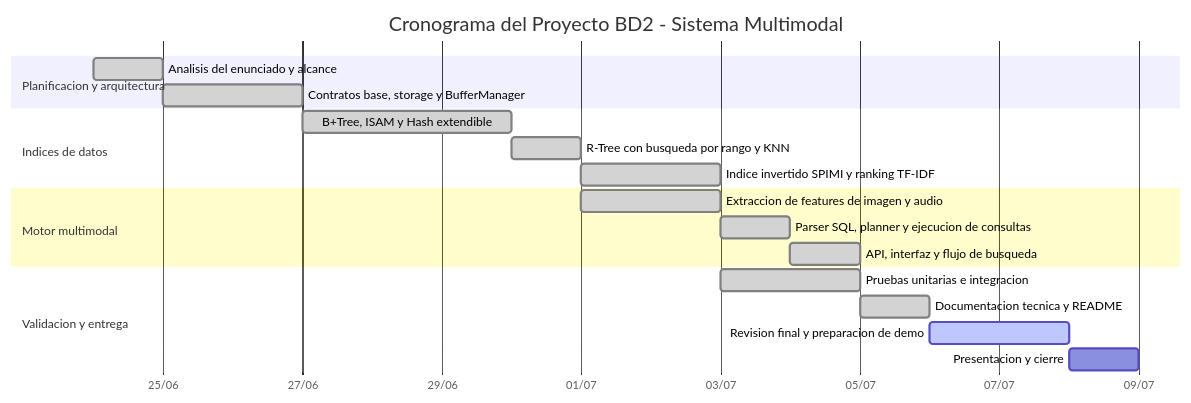
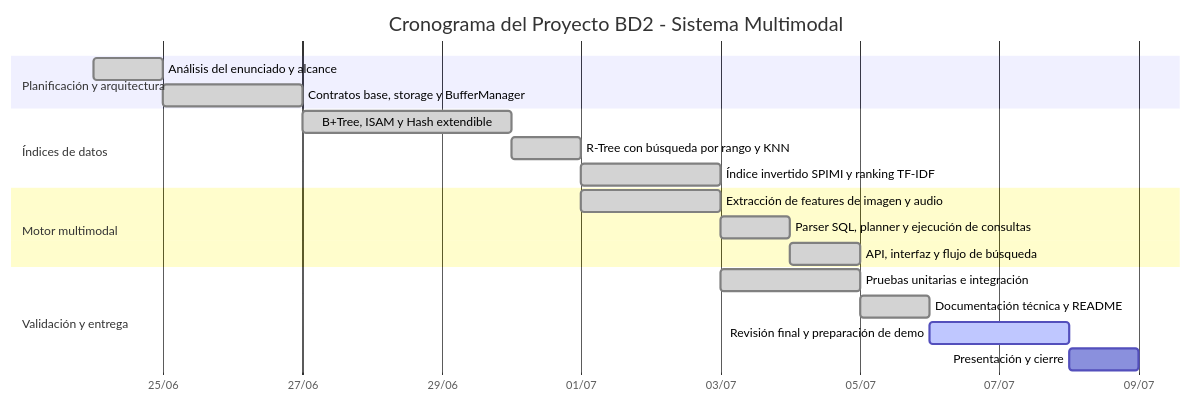
Before and after one commit to Kiarosaurus/PROYECTO-FINAL-BD2: the second of 4 diagrams in README.md, drawn with Mermaid. The commit also changed other lines of this file, not shown here.

Commit message:
docs(readme): corrige tildes faltantes en la sección de planificación

````diff
--- a/README.md
+++ b/README.md
@@ -33,26 +33,26 @@
 ```mermaid
 gantt
     title Cronograma del Proyecto BD2 - Sistema Multimodal
     dateFormat  YYYY-MM-DD
     axisFormat  %d/%m
 
-    section Planificacion y arquitectura
-    Analisis del enunciado y alcance              :done, m1, 2026-06-24, 2026-06-25
+    section Planificación y arquitectura
+    Análisis del enunciado y alcance              :done, m1, 2026-06-24, 2026-06-25
     Contratos base, storage y BufferManager       :done, m2, 2026-06-25, 2026-06-27
 
-    section Indices de datos
+    section Índices de datos
     B+Tree, ISAM y Hash extendible                :done, i1, 2026-06-27, 2026-06-30
-    R-Tree con busqueda por rango y KNN           :done, i2, 2026-06-30, 2026-07-01
-    Indice invertido SPIMI y ranking TF-IDF       :done, i3, 2026-07-01, 2026-07-03
+    R-Tree con búsqueda por rango y KNN           :done, i2, 2026-06-30, 2026-07-01
+    Índice invertido SPIMI y ranking TF-IDF       :done, i3, 2026-07-01, 2026-07-03
 
     section Motor multimodal
-    Extraccion de features de imagen y audio      :done, q1, 2026-07-01, 2026-07-03
-    Parser SQL, planner y ejecucion de consultas  :done, q2, 2026-07-03, 2026-07-04
-    API, interfaz y flujo de busqueda             :done, q3, 2026-07-04, 2026-07-05
+    Extracción de features de imagen y audio      :done, q1, 2026-07-01, 2026-07-03
+    Parser SQL, planner y ejecución de consultas  :done, q2, 2026-07-03, 2026-07-04
+    API, interfaz y flujo de búsqueda             :done, q3, 2026-07-04, 2026-07-05
 
-    section Validacion y entrega
-    Pruebas unitarias e integracion               :done, v1, 2026-07-03, 2026-07-05
-    Documentacion tecnica y README                :done, v2, 2026-07-05, 2026-07-06
-    Revision final y preparacion de demo          :active, v3, 2026-07-06, 2026-07-08
-    Presentacion y cierre                         :v4, 2026-07-08, 2026-07-09
+    section Validación y entrega
+    Pruebas unitarias e integración               :done, v1, 2026-07-03, 2026-07-05
+    Documentación técnica y README                :done, v2, 2026-07-05, 2026-07-06
+    Revisión final y preparación de demo          :active, v3, 2026-07-06, 2026-07-08
+    Presentación y cierre                         :v4, 2026-07-08, 2026-07-09
 ```
````
